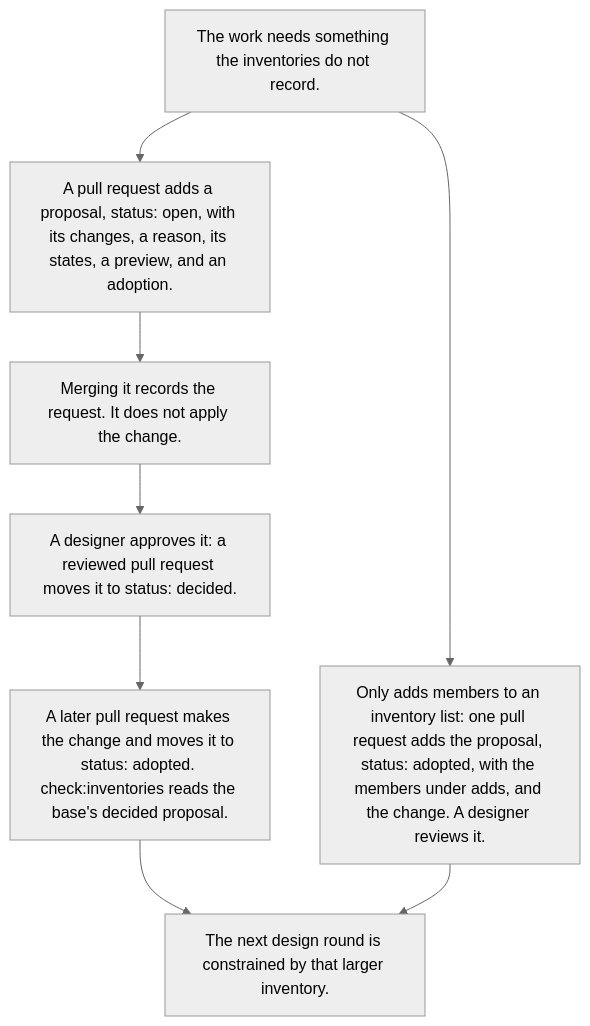
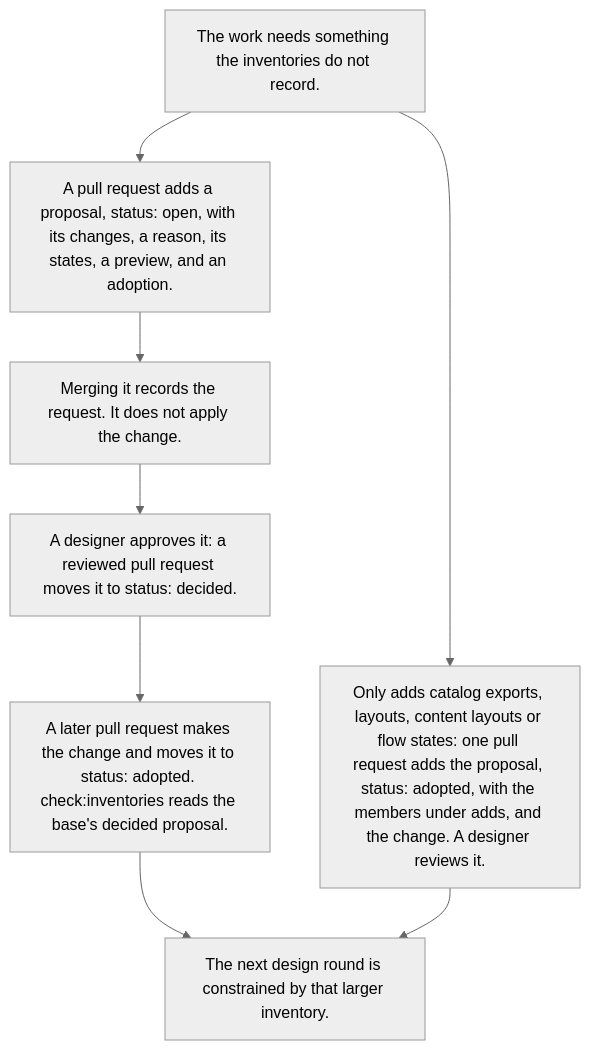
Before and after one commit to tounsoo/agent-design-loop: the fourth of 7 diagrams in packages/harness/docs/how-it-works.md, drawn with Mermaid (neutral theme). The commit also changed other lines of this file and 3 other files, not shown here.

First line of the commit message:
List every gates-nothing proposal and say page types never take the one-PR path

````diff
--- a/packages/harness/docs/how-it-works.md
+++ b/packages/harness/docs/how-it-works.md
@@ -304,12 +304,12 @@
 ```mermaid
 flowchart TB
   gap["The work needs something the inventories do not record."]
   file["A pull request adds a proposal, status: open, with its changes, a reason, its states, a preview, and an adoption."]
   record["Merging it records the request. It does not apply the change."]
   person["A designer approves it: a reviewed pull request moves it to status: decided."]
   adopt["A later pull request makes the change and moves it to status: adopted. check:inventories reads the base's decided proposal."]
-  adds["Only adds members to an inventory list: one pull request adds the proposal, status: adopted, with the members under adds, and the change. A designer reviews it."]
+  adds["Only adds catalog exports, layouts, content layouts or flow states: one pull request adds the proposal, status: adopted, with the members under adds, and the change. A designer reviews it."]
   next["The next design round is constrained by that larger inventory."]
   gap --> file --> record --> person --> adopt --> next
   gap --> adds --> next
 ```
````
